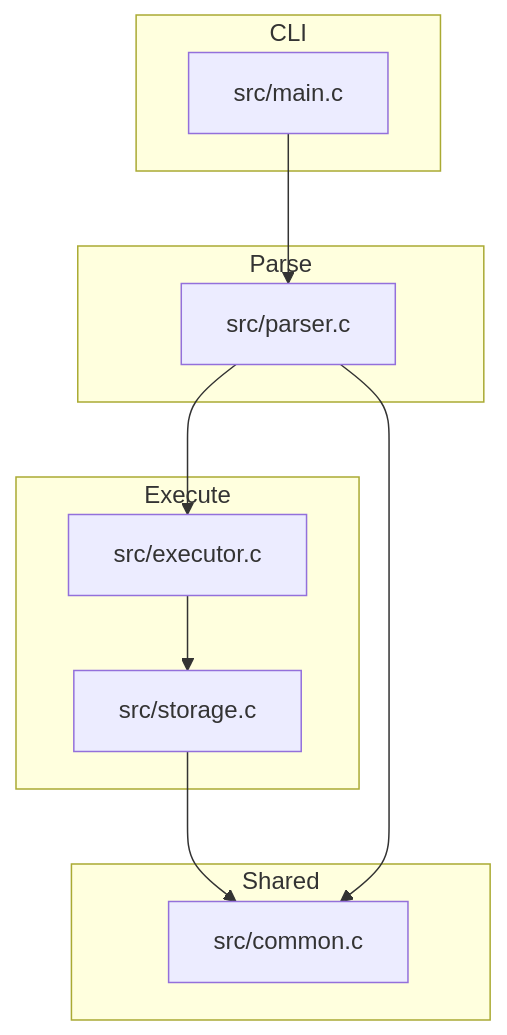
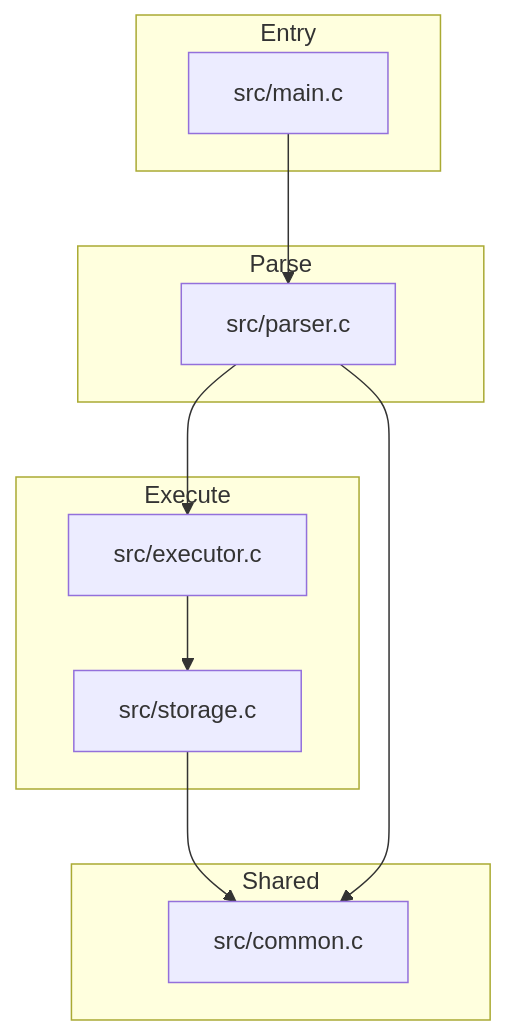
Before and after one commit to iamnuked/wk06-mini-sql: the second of 4 diagrams in README.md, drawn with Mermaid. The commit also changed other lines of this file, not shown here.

````diff
--- a/README.md
+++ b/README.md
@@ -67,25 +57,25 @@
 ```mermaid
 flowchart TB
-  subgraph CLI
+  subgraph Entry
     MAIN["src/main.c"]
   end
 
   subgraph Parse
     PARSER["src/parser.c"]
   end
 
   subgraph Execute
     EXEC["src/executor.c"]
     STORAGE["src/storage.c"]
   end
 
   subgraph Shared
     COMMON["src/common.c"]
   end
 
   MAIN --> PARSER
   PARSER --> EXEC
   EXEC --> STORAGE
   STORAGE --> COMMON
   PARSER --> COMMON
 ```
````
